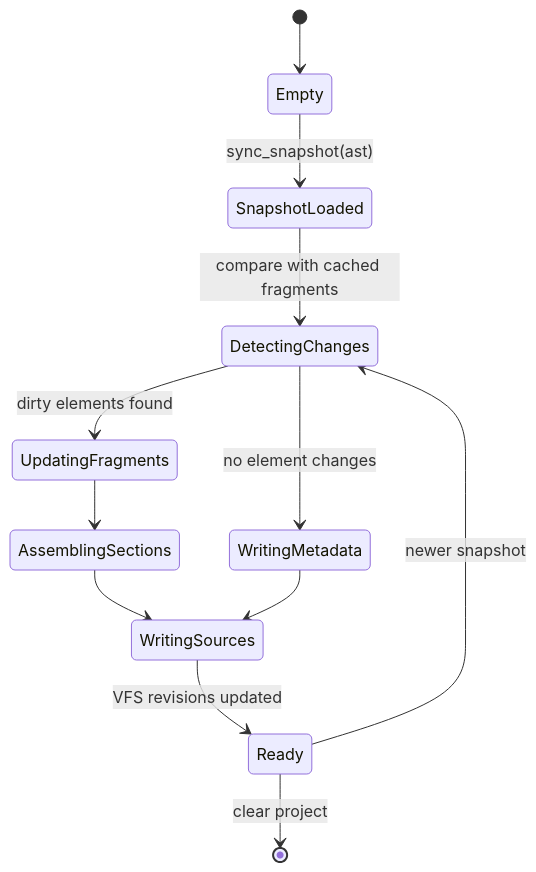
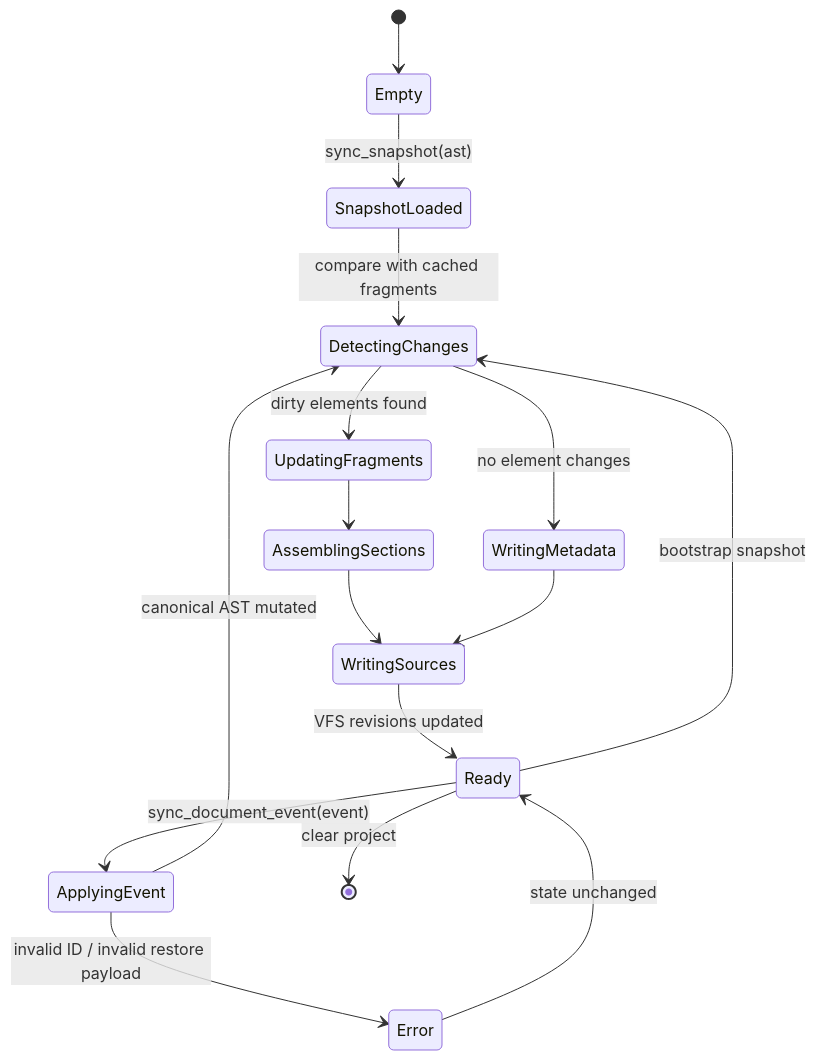
Before and after one commit to andmoreduro/ergo: the second of 6 diagrams in context/state-diagrams.md, drawn with Mermaid. The commit also changed other lines of this file and 4 other files, not shown here.

First line of the commit message:
docs: update context diagrams for decoupled architecture

````diff
--- a/context/state-diagrams.md
+++ b/context/state-diagrams.md
@@ -44,16 +44,20 @@
 ```mermaid
 stateDiagram-v2
     direction TB
 
     [*] --> Empty
     Empty --> SnapshotLoaded : sync_snapshot(ast)
     SnapshotLoaded --> DetectingChanges : compare with cached fragments
     DetectingChanges --> UpdatingFragments : dirty elements found
     DetectingChanges --> WritingMetadata : no element changes
     UpdatingFragments --> AssemblingSections
     AssemblingSections --> WritingSources
     WritingMetadata --> WritingSources
     WritingSources --> Ready : VFS revisions updated
-    Ready --> DetectingChanges : newer snapshot
+    Ready --> ApplyingEvent : sync_document_event(event)
+    ApplyingEvent --> DetectingChanges : canonical AST mutated
+    ApplyingEvent --> Error : invalid ID / invalid restore payload
+    Ready --> DetectingChanges : bootstrap snapshot
+    Error --> Ready : state unchanged
     Ready --> [*] : clear project
 ```
````
